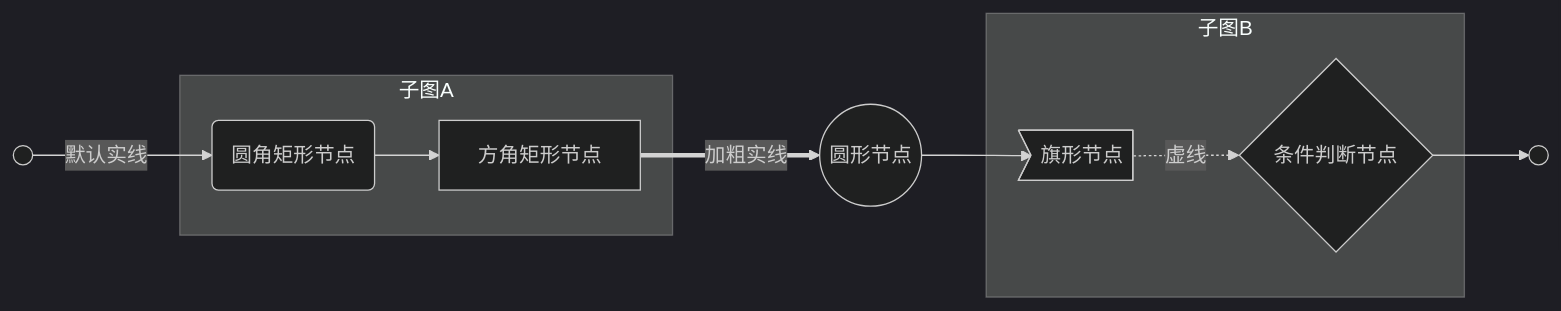
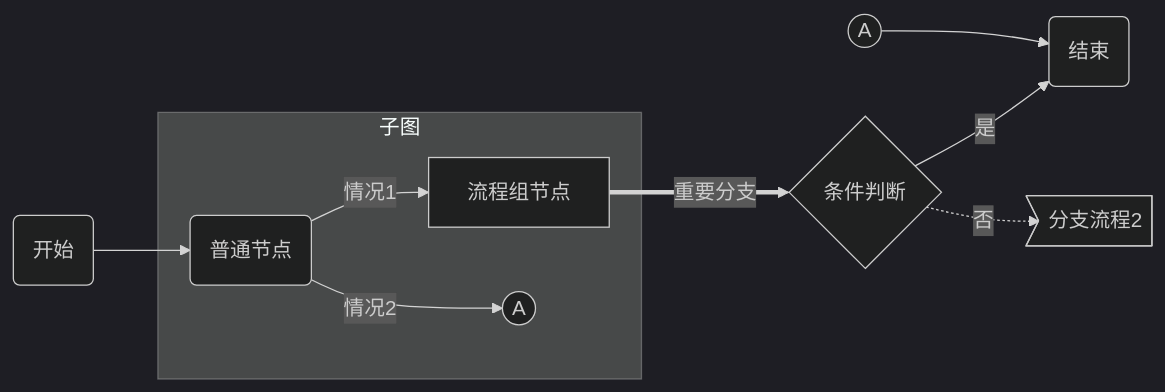
One commit to MadMaxChow/VLOOK changed the first of 3 diagrams in demo/VLOOK快速参考手册.md. Above: the diagram before and after it, drawn with Mermaid (dark theme). The commit also changed other lines of this file and 8 other files, not shown here.

````diff
--- a/demo/VLOOK快速参考手册.md
+++ b/demo/VLOOK快速参考手册.md
@@ -202,17 +202,13 @@
 ```mermaid
 graph LR
-START(( )) --> |默认实线|round_edges(圆角矩形节点)
-subgraph 子图A
-	round_edges --> text[方角矩形节点]
+START(开始) --> node1(普通节点)
+subgraph 子图
+	node1 --> |情况1|groud1[流程组节点]
+  node1 --> |情况2|A1((A))
 end
-
-text ==> |加粗实线|circle((圆形节点))
-circle --> asymetric>旗形节点]
-
-subgraph 子图B
-	asymetric -.-> |虚线|rhombus{条件判断节点}
-end
-
-rhombus --> END
-END(( ))
+groud1 ==> |重要分支|cond1{条件判断}
+cond1 --> |是|END
+cond1 -.-> |否|page2>分支流程2]
+A2((A)) --> END
+END(结束)
 ```
````
